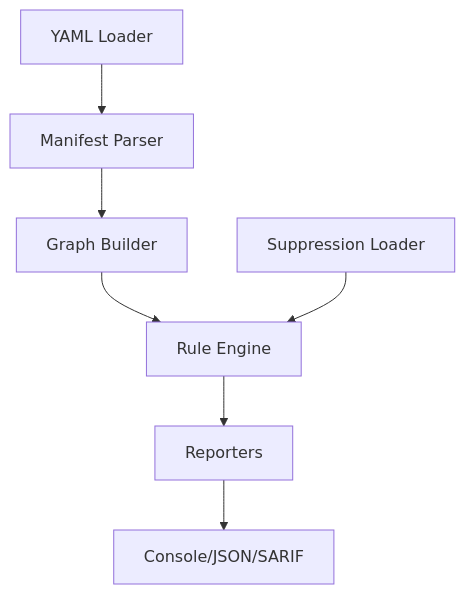
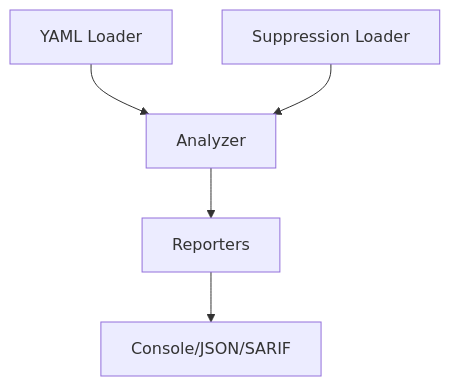
Before and after one commit to ugiordan/kube-chainsaw: the diagram in site/docs/architecture/overview.md, drawn with Mermaid. The commit also changed other lines of this file and 22 other files, not shown here.

````diff
--- a/site/docs/architecture/overview.md
+++ b/site/docs/architecture/overview.md
@@ -9,10 +9,8 @@
 ```mermaid
 graph TD
-    A[YAML Loader] --> B[Manifest Parser]
-    B --> C[Graph Builder]
-    C --> D[Rule Engine]
-    D --> E[Reporters]
-    E --> F[Console/JSON/SARIF]
+    A[YAML Loader] --> B[Analyzer]
+    B --> C[Reporters]
+    C --> D[Console/JSON/SARIF]
     
-    G[Suppression Loader] --> D
+    E[Suppression Loader] --> B
 ```
````
